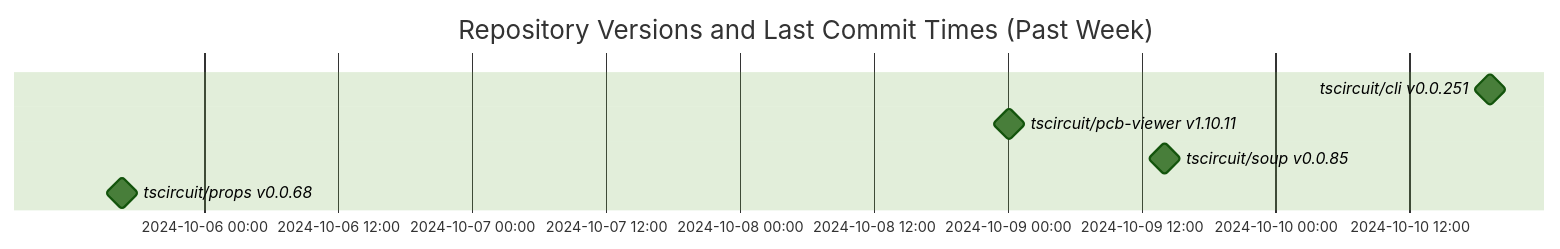
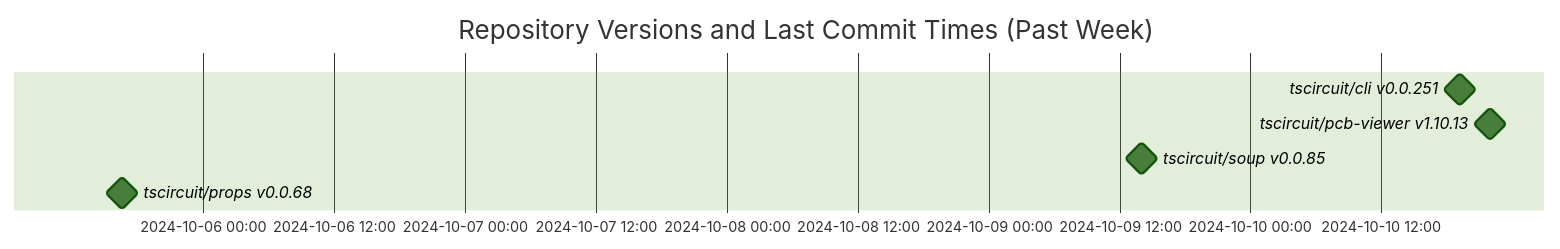
Before and after one commit to tscircuit/version-tracker: the diagram in README.md, drawn with Mermaid (forest theme).

Commit message:
Update chart

````diff
--- a/README.md
+++ b/README.md
@@ -1,11 +1,11 @@
 ```mermaid
 gantt
   dateFormat  YYYY-MM-DD HH:mm:ss
   title Repository Versions and Last Commit Times (Past Week)
   axisFormat %Y-%m-%d %H:%M
 
   tscircuit/cli v0.0.251 : milestone, 2024-10-10 19:16:36, 1s
-  tscircuit/pcb-viewer v1.10.11 : milestone, 2024-10-09 00:04:47, 1s
+  tscircuit/pcb-viewer v1.10.13 : milestone, 2024-10-10 21:59:08, 1s
   tscircuit/soup v0.0.85 : milestone, 2024-10-09 14:03:06, 1s
   tscircuit/props v0.0.68 : milestone, 2024-10-05 16:34:46, 1s
 ```
````
